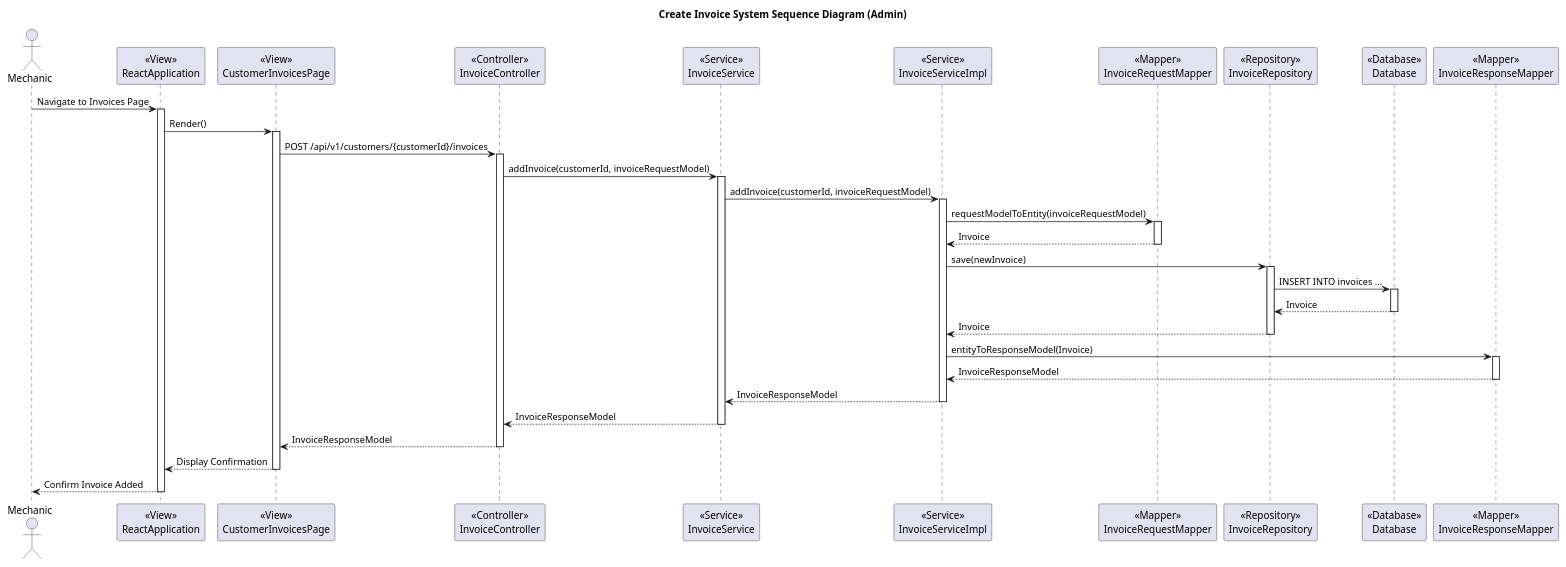
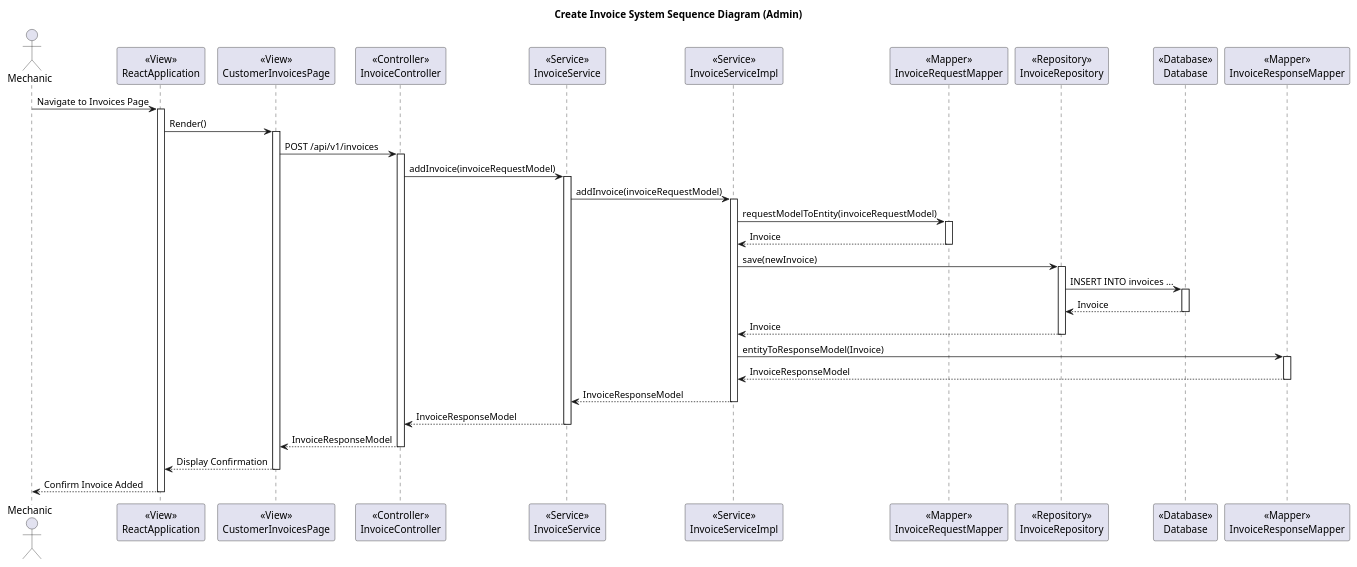
Before and after one commit to Iantomasi/ateliermecanique-ws: the diagram in diagrams/1-mechanic/Invoices/CreateInvoice/2-CreateInvoiceDesignLevelSequenceDiagram.puml, drawn with PlantUML. The commit also changed 52 other files, not shown here.

```diff
--- a/diagrams/1-mechanic/Invoices/CreateInvoice/2-CreateInvoiceDesignLevelSequenceDiagram.puml
+++ b/diagrams/1-mechanic/Invoices/CreateInvoice/2-CreateInvoiceDesignLevelSequenceDiagram.puml
@@ -1,70 +1,70 @@
 @startuml
 title Create Invoice System Sequence Diagram (Admin)
 
 actor Mechanic
 
 participant ReactApplication as "<<View>>\nReactApplication"
 participant CustomerInvoicesPage as "<<View>>\nCustomerInvoicesPage"
 participant InvoiceController as "<<Controller>>\nInvoiceController"
 participant InvoiceService as "<<Service>>\nInvoiceService"
 participant InvoiceServiceImpl as "<<Service>>\nInvoiceServiceImpl"
 participant InvoiceRequestMapper as "<<Mapper>>\nInvoiceRequestMapper"
 participant InvoiceRepository as "<<Repository>>\nInvoiceRepository"
 participant Database as "<<Database>>\nDatabase"
 participant InvoiceResponseMapper as "<<Mapper>>\nInvoiceResponseMapper"
 
 Mechanic -> ReactApplication: Navigate to Invoices Page
 activate ReactApplication
 
 ReactApplication -> CustomerInvoicesPage: Render()
 activate CustomerInvoicesPage
 
-CustomerInvoicesPage -> InvoiceController: POST /api/v1/customers/{customerId}/invoices
+CustomerInvoicesPage -> InvoiceController: POST /api/v1/invoices
 activate InvoiceController
 
-InvoiceController -> InvoiceService: addInvoice(customerId, invoiceRequestModel)
+InvoiceController -> InvoiceService: addInvoice(invoiceRequestModel)
 activate InvoiceService
 
-InvoiceService -> InvoiceServiceImpl: addInvoice(customerId, invoiceRequestModel)
+InvoiceService -> InvoiceServiceImpl: addInvoice(invoiceRequestModel)
 activate InvoiceServiceImpl
 
 InvoiceServiceImpl -> InvoiceRequestMapper: requestModelToEntity(invoiceRequestModel)
 activate InvoiceRequestMapper
 
 InvoiceRequestMapper --> InvoiceServiceImpl: Invoice
 deactivate InvoiceRequestMapper
 
 InvoiceServiceImpl -> InvoiceRepository: save(newInvoice)
 activate InvoiceRepository
 
 InvoiceRepository -> Database: INSERT INTO invoices ...
 activate Database
 
 Database --> InvoiceRepository: Invoice
 deactivate Database
 
 InvoiceRepository --> InvoiceServiceImpl: Invoice
 deactivate InvoiceRepository
 
 InvoiceServiceImpl -> InvoiceResponseMapper: entityToResponseModel(Invoice)
 activate InvoiceResponseMapper
 
 InvoiceResponseMapper --> InvoiceServiceImpl: InvoiceResponseModel
 deactivate InvoiceResponseMapper
 
 InvoiceServiceImpl --> InvoiceService: InvoiceResponseModel
 deactivate InvoiceServiceImpl
 
 InvoiceService --> InvoiceController: InvoiceResponseModel
 deactivate InvoiceService
 
 InvoiceController --> CustomerInvoicesPage: InvoiceResponseModel
 deactivate InvoiceController
 
 CustomerInvoicesPage --> ReactApplication: Display Confirmation
 deactivate CustomerInvoicesPage
 
 ReactApplication --> Mechanic: Confirm Invoice Added
 deactivate ReactApplication
 
 @enduml
```
